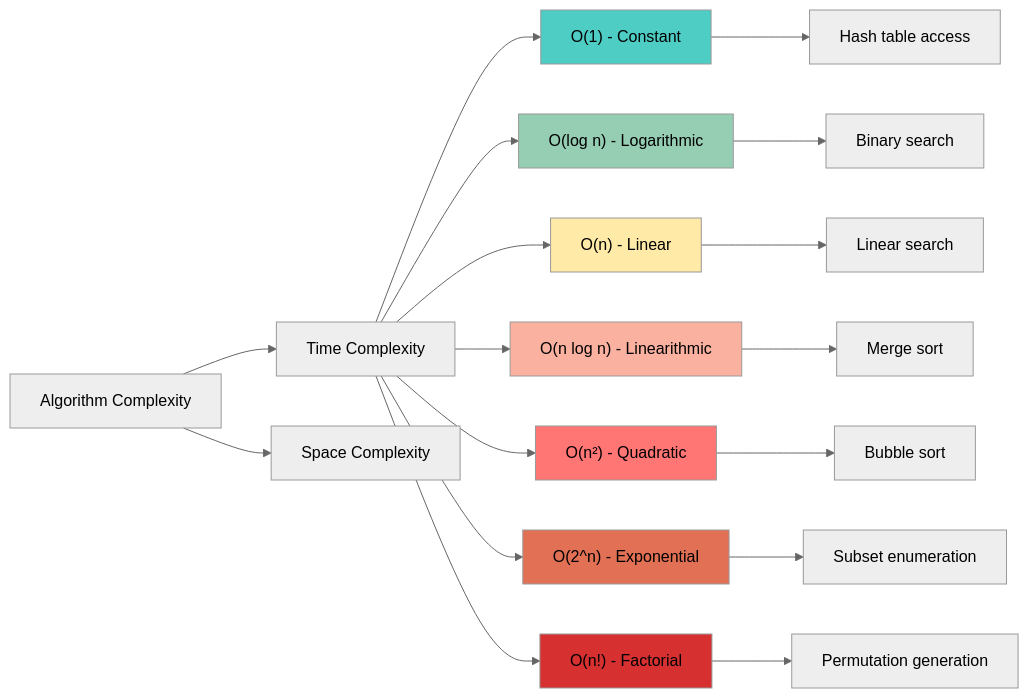
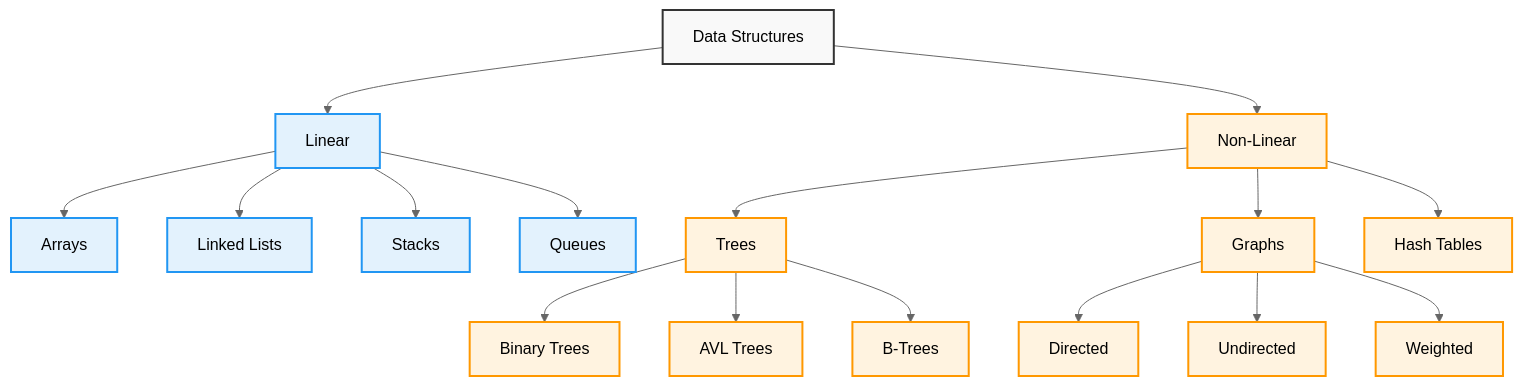
One commit to AbhishekGiri04/Algorithmics-Foundations changed the second of 17 diagrams in concepts/algorithm-design.md. Above: the diagram before and after it, drawn with Mermaid (neutral theme). The commit also changed other lines of this file, not shown here.

Commit message:
Complete algorithm design guide with professional diagrams and comprehensive coverage

````diff
--- a/concepts/algorithm-design.md
+++ b/concepts/algorithm-design.md
@@ -134,29 +65,28 @@
 ```mermaid
-flowchart LR
-    A["Algorithm Complexity"] --> B["Time Complexity"]
-    A --> C["Space Complexity"]
+flowchart TD
+    A["Data Structures"] --> B["Linear"]
+    A --> C["Non-Linear"]
     
-    B --> D["O(1) - Constant"]
-    B --> E["O(log n) - Logarithmic"]
-    B --> F["O(n) - Linear"]
-    B --> G["O(n log n) - Linearithmic"]
-    B --> H["O(n²) - Quadratic"]
-    B --> I["O(2^n) - Exponential"]
-    B --> J["O(n!) - Factorial"]
+    B --> D["Arrays"]
+    B --> E["Linked Lists"]
+    B --> F["Stacks"]
+    B --> G["Queues"]
     
-    D --> K["Hash table access"]
-    E --> L["Binary search"]
-    F --> M["Linear search"]
-    G --> N["Merge sort"]
-    H --> O["Bubble sort"]
-    I --> P["Subset enumeration"]
-    J --> Q["Permutation generation"]
+    C --> H["Trees"]
+    C --> I["Graphs"]
+    C --> J["Hash Tables"]
     
-    style D fill:#4ecdc4
-    style E fill:#96ceb4
-    style F fill:#ffeaa7
-    style G fill:#fab1a0
-    style H fill:#ff7675
-    style I fill:#e17055
-    style J fill:#d63031
+    H --> K["Binary Trees"]
+    H --> L["AVL Trees"]
+    H --> M["B-Trees"]
+    
+    I --> N["Directed"]
+    I --> O["Undirected"]
+    I --> P["Weighted"]
+    
+    classDef default fill:#f9f9f9,stroke:#333,stroke-width:2px,color:#000
+    classDef linear fill:#e3f2fd,stroke:#2196f3,stroke-width:2px,color:#000
+    classDef nonlinear fill:#fff3e0,stroke:#ff9800,stroke-width:2px,color:#000
+    class B,D,E,F,G linear
+    class C,H,I,J,K,L,M,N,O,P nonlinear
 ```
````
